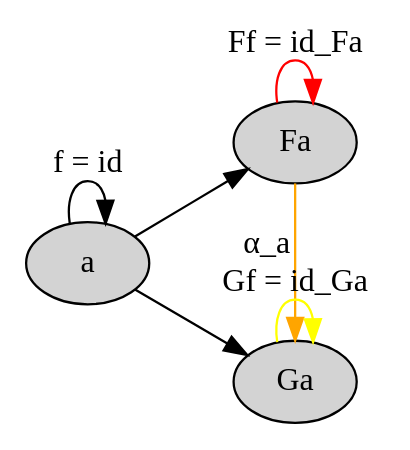
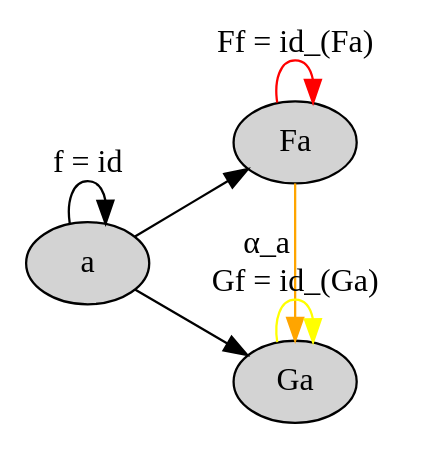
One commit to evenbrenden/ct4p-challenges changed the diagram in chapter17-challenge1-part5.dot. Above: the diagram before and after it, drawn with Graphviz. The commit also changed 9 other files, not shown here.

```diff
--- a/chapter17-challenge1-part5.dot
+++ b/chapter17-challenge1-part5.dot
@@ -1,18 +1,18 @@
 digraph {
   node [style="filled" color="black" fillcolor="lightgray"]
 
   rankdir=LR
   { rank=same a }
   { rank=same Fa Ga }
 
   a [label="a"]
   Fa [label="Fa"]
   Ga [label="Ga"]
 
   a -> a [label="f = id"]
   a -> Fa
   a -> Ga
-  Fa -> Fa [label="Ff = id_Fa" color="red"]
-  Ga -> Ga [label="Gf = id_Ga" color="yellow"]
+  Fa -> Fa [label="Ff = id_(Fa)" color="red"]
+  Ga -> Ga [label="Gf = id_(Ga)" color="yellow"]
   Fa -> Ga [xlabel="α_a" color="orange"]
 }
```
